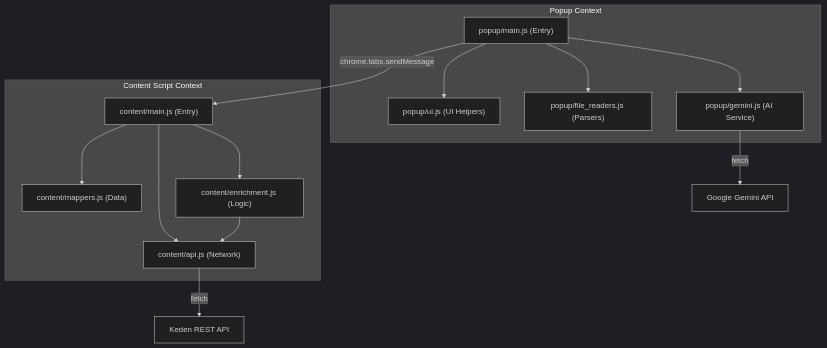
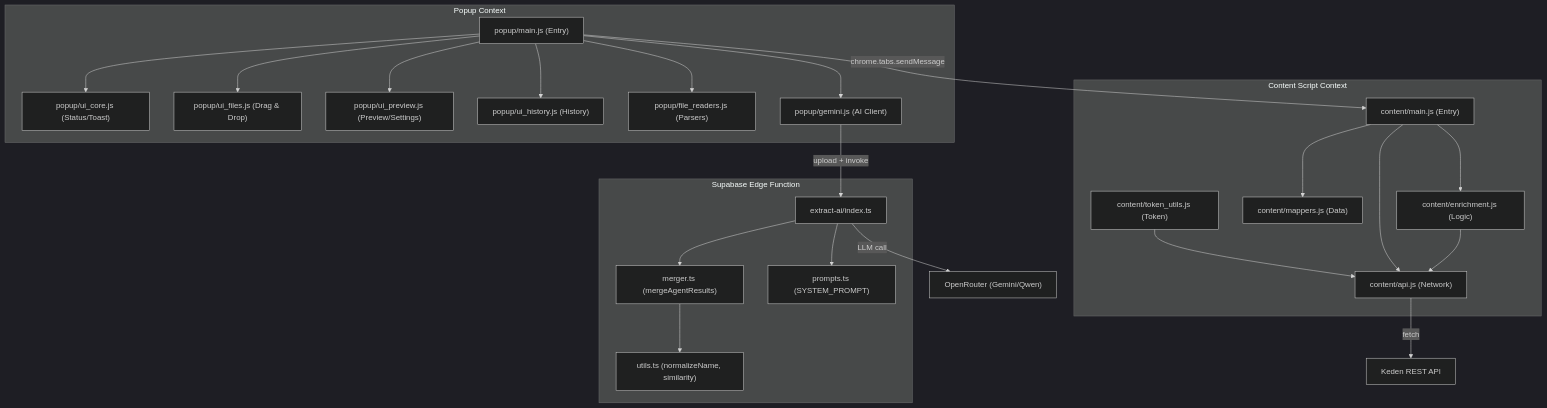
Before and after one commit to Nazimjan/keden.gov: the diagram in keden_extension/ARCHITECTURE.md, drawn with Mermaid (dark theme). The commit also changed other lines of this file, not shown here.

First line of the commit message:
docs: update ARCHITECTURE.md to reflect current state

````diff
--- a/keden_extension/ARCHITECTURE.md
+++ b/keden_extension/ARCHITECTURE.md
@@ -30,29 +43,49 @@
 ```mermaid
 graph TD
     subgraph Popup Context
         P_Main["popup/main.js (Entry)"]
-        P_UI["popup/ui.js (UI Helpers)"]
-        P_File["popup/file_readers.js (Parsers)"]
-        P_Gemini["popup/gemini.js (AI Service)"]
-        
-        P_Main --> P_UI
-        P_Main --> P_File
+        P_Core["popup/ui_core.js (Status/Toast)"]
+        P_Files["popup/ui_files.js (Drag & Drop)"]
+        P_Preview["popup/ui_preview.js (Preview/Settings)"]
+        P_History["popup/ui_history.js (History)"]
+        P_FileR["popup/file_readers.js (Parsers)"]
+        P_Gemini["popup/gemini.js (AI Client)"]
+
+        P_Main --> P_Core
+        P_Main --> P_Files
+        P_Main --> P_Preview
+        P_Main --> P_History
+        P_Main --> P_FileR
         P_Main --> P_Gemini
     end
 
     subgraph Content Script Context
+        C_Token["content/token_utils.js (Token)"]
         C_Main["content/main.js (Entry)"]
         C_API["content/api.js (Network)"]
         C_Map["content/mappers.js (Data)"]
         C_Enrich["content/enrichment.js (Logic)"]
-        
+
+        C_Token --> C_API
         C_Main --> C_API
         C_Main --> C_Map
         C_Main --> C_Enrich
         C_Enrich --> C_API
     end
 
+    subgraph Supabase Edge Function
+        EF["extract-ai/index.ts"]
+        Merger["merger.ts (mergeAgentResults)"]
+        Prompts["prompts.ts (SYSTEM_PROMPT)"]
+        Utils["utils.ts (normalizeName, similarity)"]
+
+        EF --> Merger
+        EF --> Prompts
+        Merger --> Utils
+    end
+
+    P_Gemini -- "upload + invoke" --> EF
     P_Main -- "chrome.tabs.sendMessage" --> C_Main
     C_API -- "fetch" --> KedenAPI["Keden REST API"]
-    P_Gemini -- "fetch" --> GeminiAPI["Google Gemini API"]
+    EF -- "LLM call" --> LLM["OpenRouter (Gemini/Qwen)"]
 ```
````
